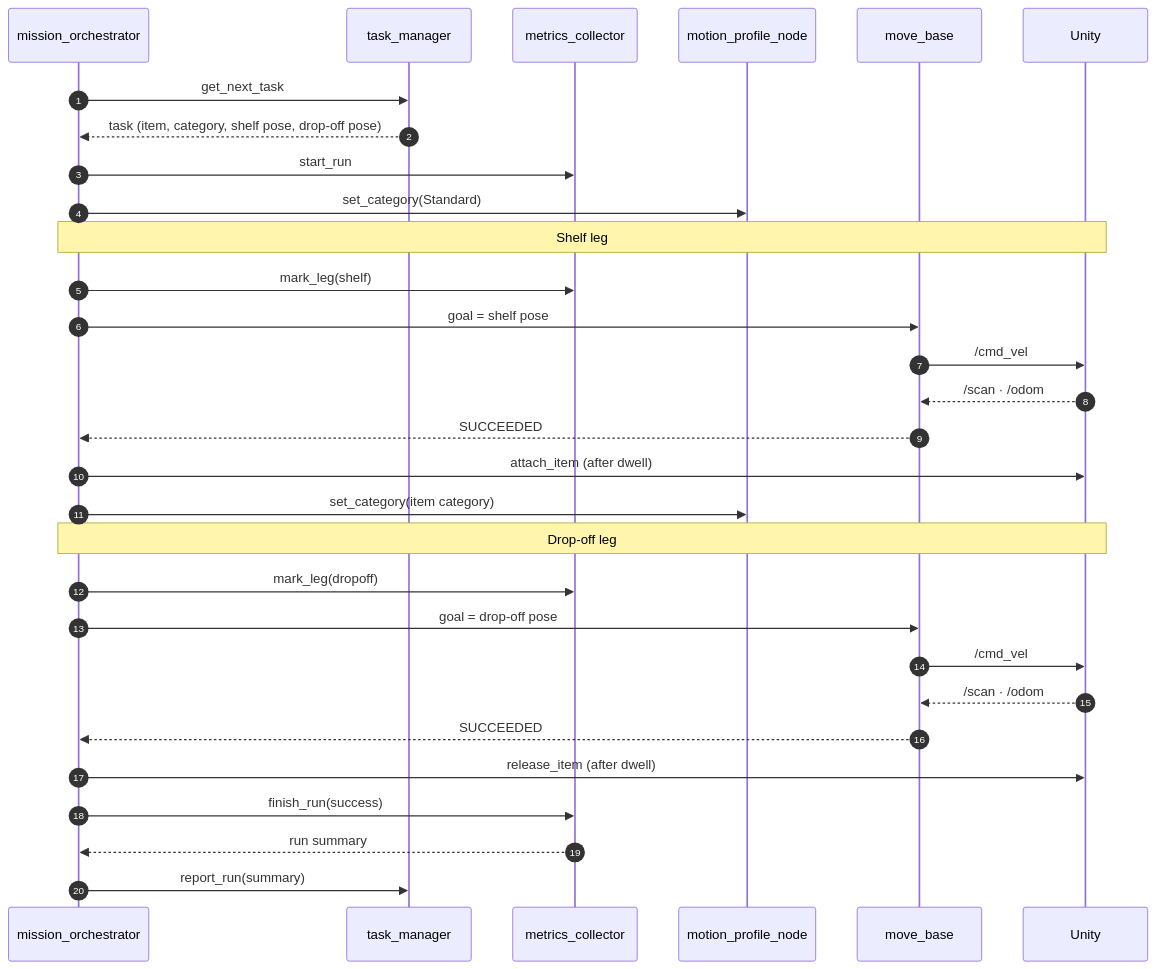
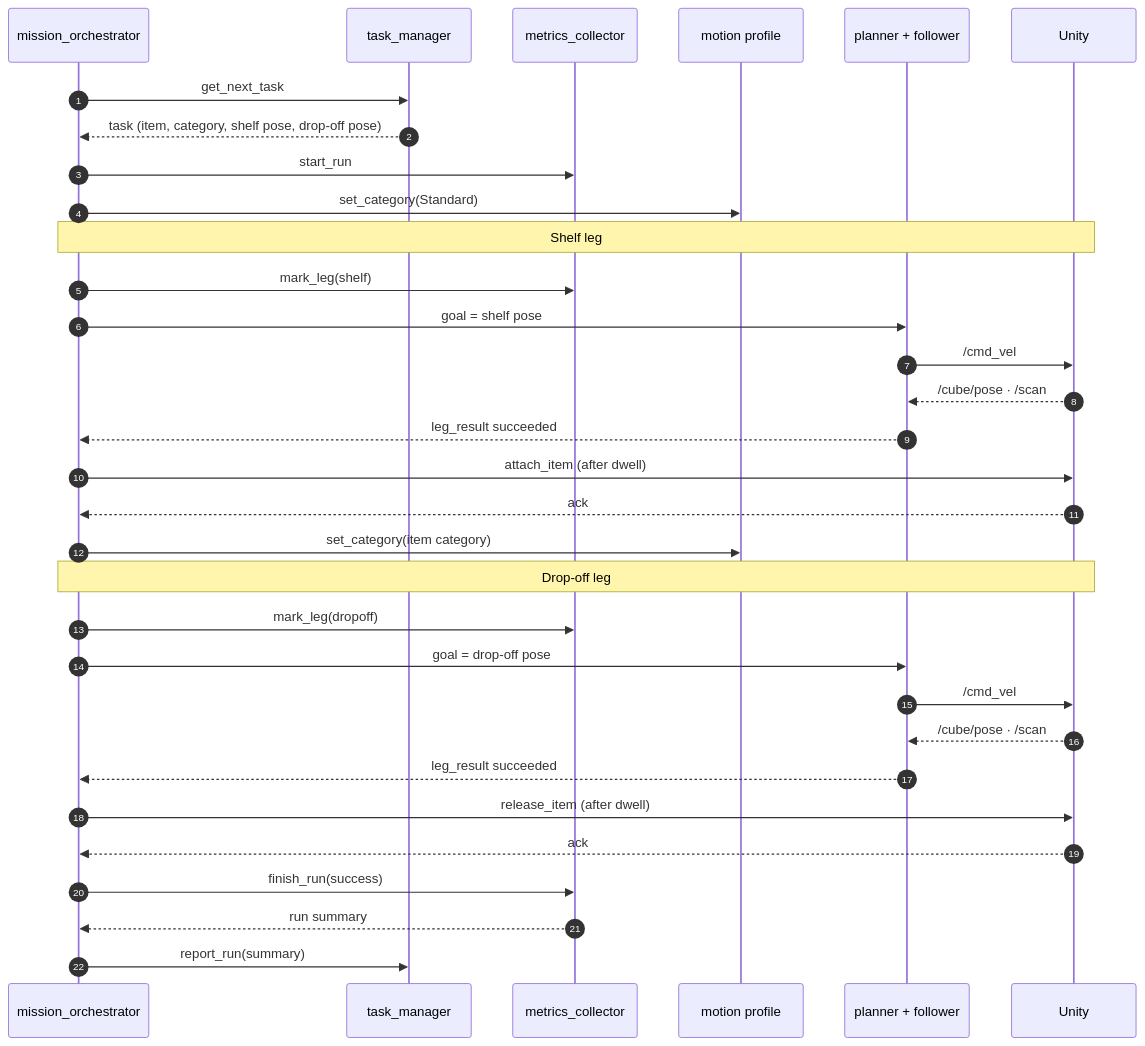
The third of 4 diagrams in docs/architecture.md (HoNguyen17/Mobile_Robo_SuppliesChain), drawn with Mermaid before and after one commit. The commit also changed other lines of this file and 10 other files, not shown here.

````diff
--- a/docs/architecture.md
+++ b/docs/architecture.md
@@ -207,33 +233,35 @@
 ```mermaid
 sequenceDiagram
     autonumber
     participant MO as mission_orchestrator
     participant TM as task_manager
     participant MC as metrics_collector
-    participant MP as motion_profile_node
-    participant MB as move_base
+    participant MP as motion profile
+    participant NV as planner + follower
     participant U as Unity
 
     MO->>TM: get_next_task
     TM-->>MO: task (item, category, shelf pose, drop-off pose)
     MO->>MC: start_run
     MO->>MP: set_category(Standard)
     Note over MO,U: Shelf leg
     MO->>MC: mark_leg(shelf)
-    MO->>MB: goal = shelf pose
-    MB->>U: /cmd_vel
-    U-->>MB: /scan · /odom
-    MB-->>MO: SUCCEEDED
+    MO->>NV: goal = shelf pose
+    NV->>U: /cmd_vel
+    U-->>NV: /cube/pose · /scan
+    NV-->>MO: leg_result succeeded
     MO->>U: attach_item (after dwell)
+    U-->>MO: ack
     MO->>MP: set_category(item category)
     Note over MO,U: Drop-off leg
     MO->>MC: mark_leg(dropoff)
-    MO->>MB: goal = drop-off pose
-    MB->>U: /cmd_vel
-    U-->>MB: /scan · /odom
-    MB-->>MO: SUCCEEDED
+    MO->>NV: goal = drop-off pose
+    NV->>U: /cmd_vel
+    U-->>NV: /cube/pose · /scan
+    NV-->>MO: leg_result succeeded
     MO->>U: release_item (after dwell)
+    U-->>MO: ack
     MO->>MC: finish_run(success)
     MC-->>MO: run summary
     MO->>TM: report_run(summary)
 ```
````
